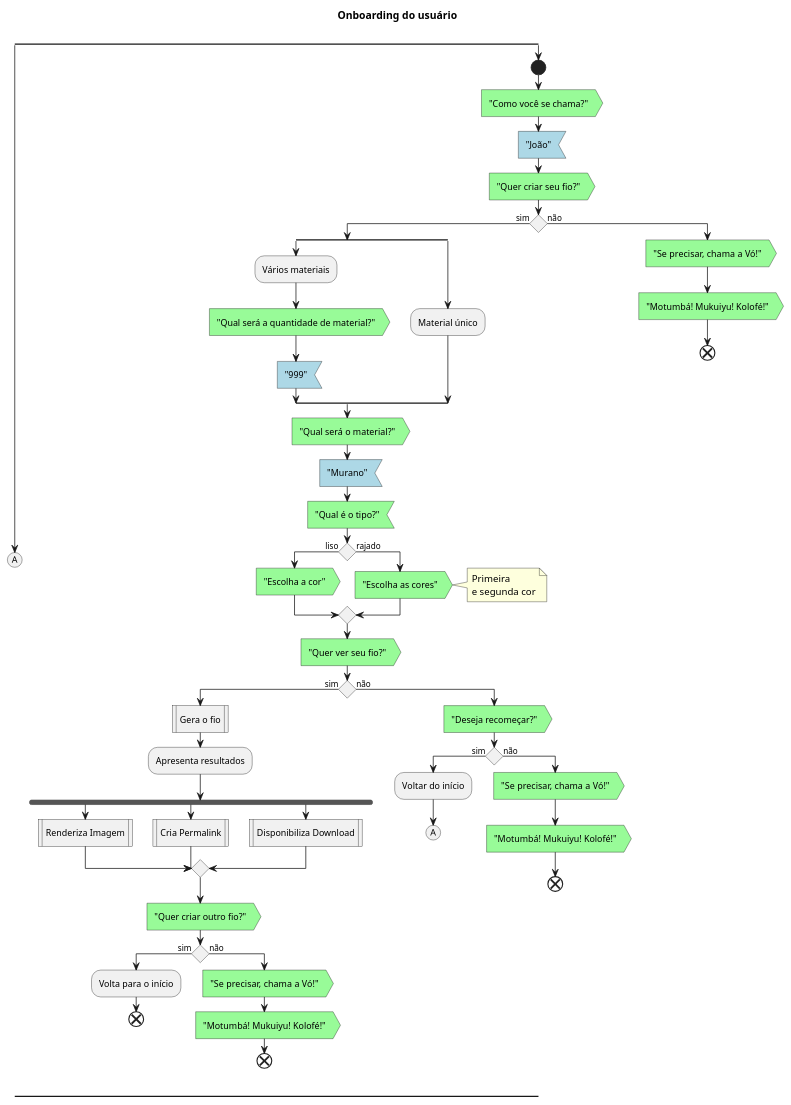
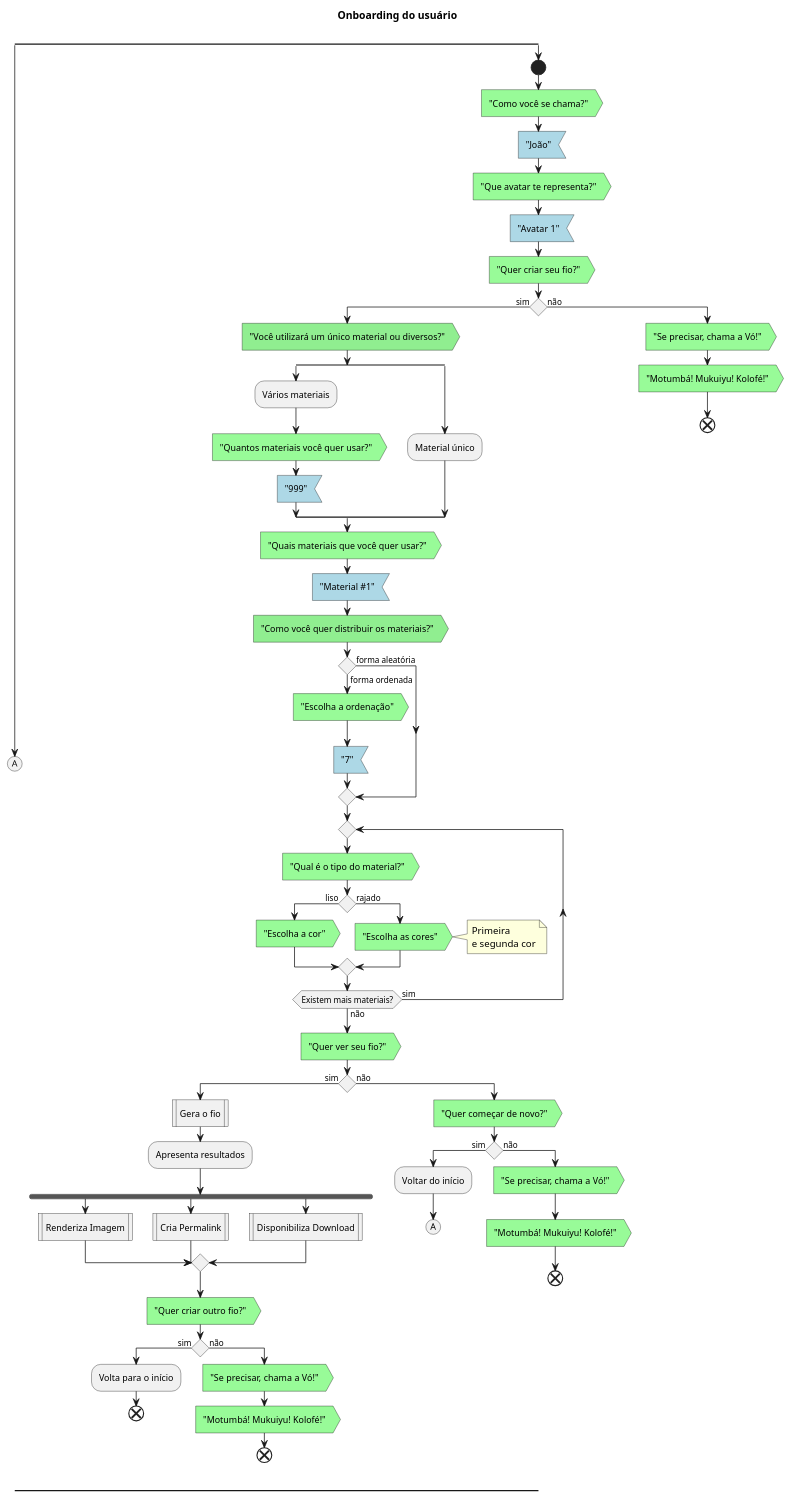
Before and after one commit to TecnoSigma/vo-maria: the diagram in docs/onboarding.puml, drawn with PlantUML. The commit also changed 1 other file, not shown here.

```diff
--- a/docs/onboarding.puml
+++ b/docs/onboarding.puml
@@ -1,70 +1,82 @@
 @startuml
 title "Onboarding do usuário\n"
 
 split
         (A)
         -[hidden]->
 split again
         start
         #palegreen:"Como você se chama?">
         #lightblue:"João"<
+        #palegreen:"Que avatar te representa?">
+        #lightblue:"Avatar 1"<
         #palegreen:"Quer criar seu fio?">
         if () then (sim)
+                #lightgreen:"Você utilizará um único material ou diversos?">
                 split
                          :Vários materiais;
-                         #palegreen:"Qual será a quantidade de material?">
+                         #palegreen:"Quantos materiais você quer usar?">
                          #lightblue:"999"<
+
                  split again
                          :Material único;
                  end split
-                 #palegreen:"Qual será o material?">
-                 #lightblue:"Murano"<
-                 #palegreen:"Qual é o tipo?"<
+                 #palegreen:"Quais materiais que você quer usar?">
+                 #lightblue:"Material #1"<
+                 #lightgreen:"Como você quer distribuir os materiais?">
+                 if () then (forma ordenada)
+                         #palegreen:"Escolha a ordenação">
+                         #lightblue:"7"<
+                 else (forma aleatória)
+                 endif
+                 repeat
+                 #palegreen:"Qual é o tipo do material?">
                  if () then (liso)
                          #palegreen:"Escolha a cor">
                  else (rajado)
                          #palegreen:"Escolha as cores">
                          note right
                                  Primeira
                                  e segunda cor
                          end note
                  endif
+                 repeat while (Existem mais materiais?) is (sim) not (não)
                  #palegreen:"Quer ver seu fio?">
                  if () then (sim)
                          :Gera o fio|
                          :Apresenta resultados;
                          fork
                                  :Renderiza Imagem|
                          fork again
                                  :Cria Permalink|
                          fork again
                                  :Disponibiliza Download|
                          end merge
                          #palegreen:"Quer criar outro fio?">
                          if () then (sim)
                                  :Volta para o início;
                                  end
                          else (não)
                                  #palegreen:"Se precisar, chama a Vó!">
                                  #palegreen:"Motumbá! Mukuiyu! Kolofé!">
                                  end
                          endif
                  else (não)
-                         #palegreen:"Deseja recomeçar?">
+                         #palegreen:"Quer começar de novo?">
                          if () then (sim)
                                  :Voltar do início;
                                  (A)
                                  -[hidden]->
                          else (não)
                                  #palegreen:"Se precisar, chama a Vó!">
                                  #palegreen:"Motumbá! Mukuiyu! Kolofé!">
                                  end
                          endif
                  endif
         else (não)
                 #palegreen:"Se precisar, chama a Vó!">
                 #palegreen:"Motumbá! Mukuiyu! Kolofé!">
                 end
         endif
 end split
 @enduml
```
